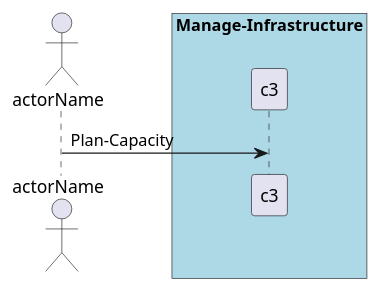
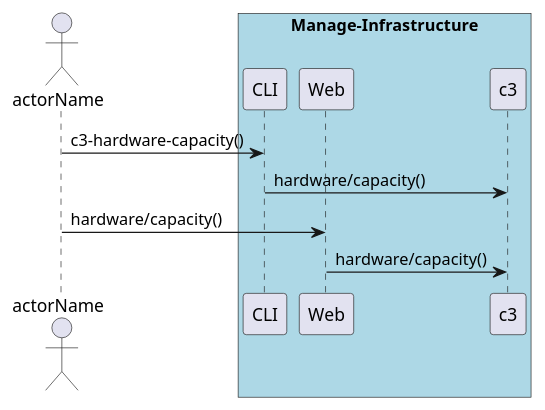
The diagram in docs/UseCases/Manage-Infrastructure/Plan-Capacity.puml (CAADE/C3), drawn with PlantUML before and after one commit. The commit also changed 1607 other files, not shown here.

Commit message:
New format and simulated architecture

```diff
--- a/docs/UseCases/Manage-Infrastructure/Plan-Capacity.puml
+++ b/docs/UseCases/Manage-Infrastructure/Plan-Capacity.puml
@@ -1,9 +1,14 @@
 @startuml
 Actor "actorName" as A
 
 box "Manage-Infrastructure" #lightblue
+participant CLI as CLI
+participant Web as Web
 participant "c3" as S
-A -> S : Plan-Capacity
+A -> CLI : c3-hardware-capacity()
+CLI -> S : hardware/capacity()
+A -> Web : hardware/capacity()
+Web -> S : hardware/capacity()
 end box
 
 @enduml
```
